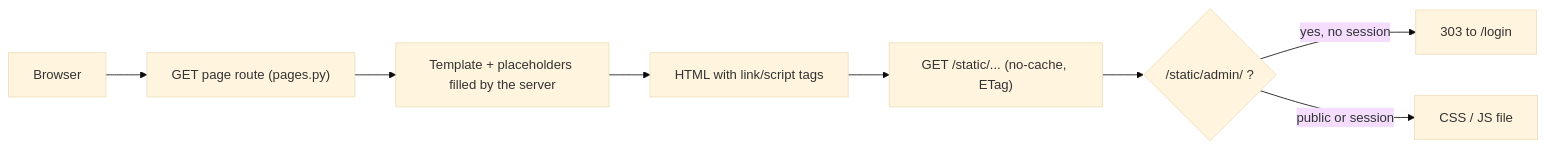
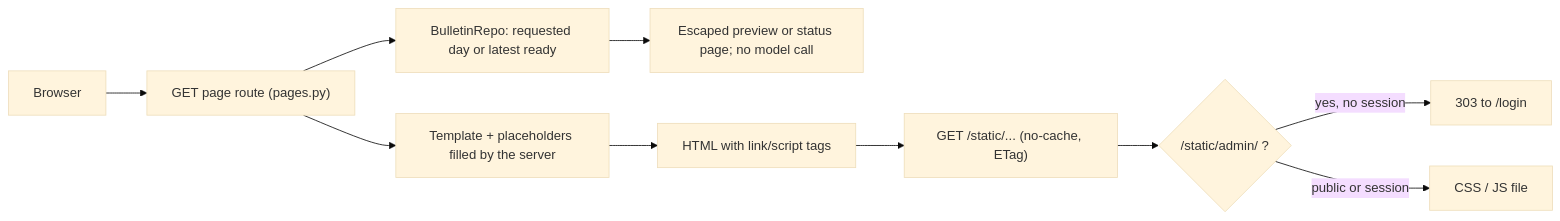
The diagram in src/app/web/pages.md (Orlv-85/AI_PARSER), drawn with Mermaid (base theme) before and after one commit. The commit also changed other lines of this file and 14 other files, not shown here.

First line of the commit message:
feat(018) item 4c: hidden bulletin preview page

````diff
--- a/src/app/web/pages.md
+++ b/src/app/web/pages.md
@@ -18,10 +19,12 @@
 ```mermaid
 flowchart LR
   browser["Browser"] --> route["GET page route (pages.py)"]
   route --> fill["Template + placeholders filled by the server"]
+  route --> bulletin["BulletinRepo: requested day or latest ready"]
+  bulletin --> preview["Escaped preview or status page; no model call"]
   fill --> html["HTML with link/script tags"]
   html --> assets["GET /static/... (no-cache, ETag)"]
   assets --> auth{"/static/admin/ ?"}
   auth -- "yes, no session" --> login["303 to /login"]
   auth -- "public or session" --> file["CSS / JS file"]
 ```
````
